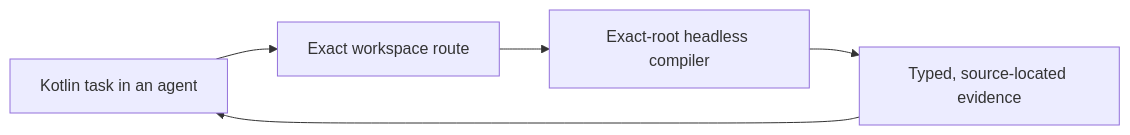
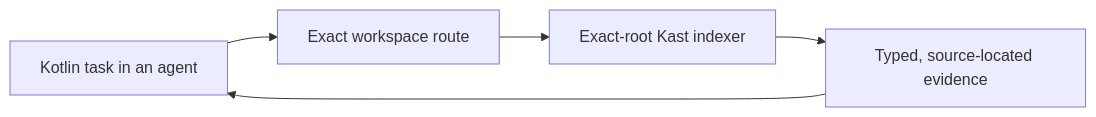
One commit to amichne/kast changed the diagram in docs/index.md. Above: the diagram before and after it, drawn with Mermaid. The commit also changed other lines of this file and 792 other files, not shown here.

Commit message:
refactor: converge on one Kast indexer

````diff
--- a/docs/index.md
+++ b/docs/index.md
@@ -7,7 +8,7 @@
 ```mermaid
 flowchart LR
     task["Kotlin task in an agent"] --> route["Exact workspace route"]
-    route --> compiler["Exact-root headless compiler"]
+    route --> compiler["Exact-root Kast indexer"]
     compiler --> result["Typed, source-located evidence"]
     result --> task
 ```
````
